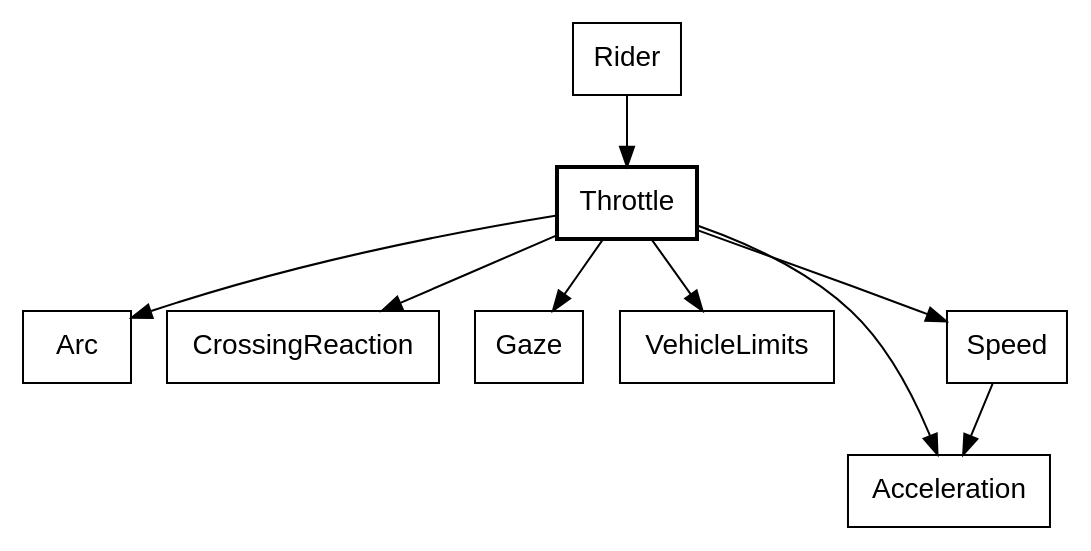
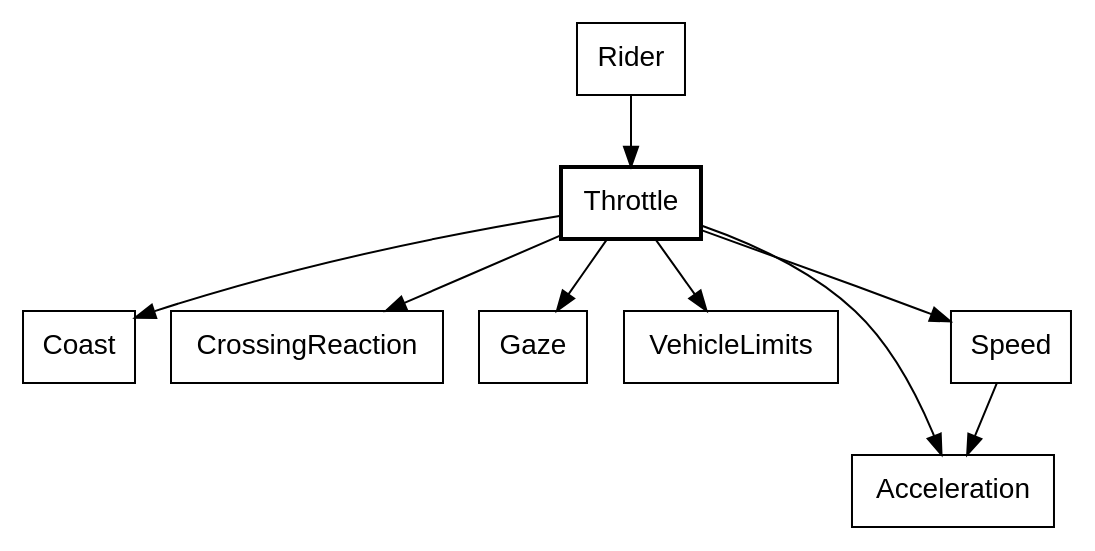
Diagram 15 of 19 in canvas_apps/safari/tutorial/tutorial.md (showell/roc-apps), drawn with Graphviz before and after one commit. The commit also changed other lines of this file and 4 other files, not shown here.

First line of the commit message:
safari: Arc becomes Coast

````diff
--- a/canvas_apps/safari/tutorial/tutorial.md
+++ b/canvas_apps/safari/tutorial/tutorial.md
@@ -954,14 +954,14 @@
 ```dot
 digraph throttle {
   node [shape=box, fontname="Helvetica"];
   Throttle [style=bold];
   Rider -> Throttle;
-  Throttle -> Arc;
+  Throttle -> Coast;
   Throttle -> CrossingReaction;
   Throttle -> Gaze;
   Throttle -> VehicleLimits;
   Throttle -> Acceleration;
   Throttle -> Speed;
   Speed -> Acceleration;
 }
 ```
````
